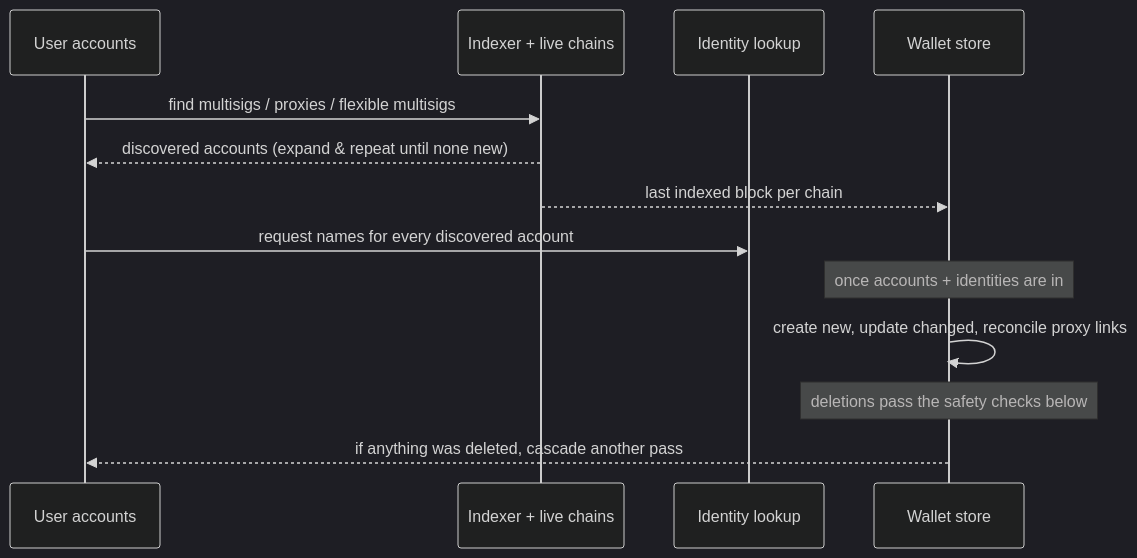
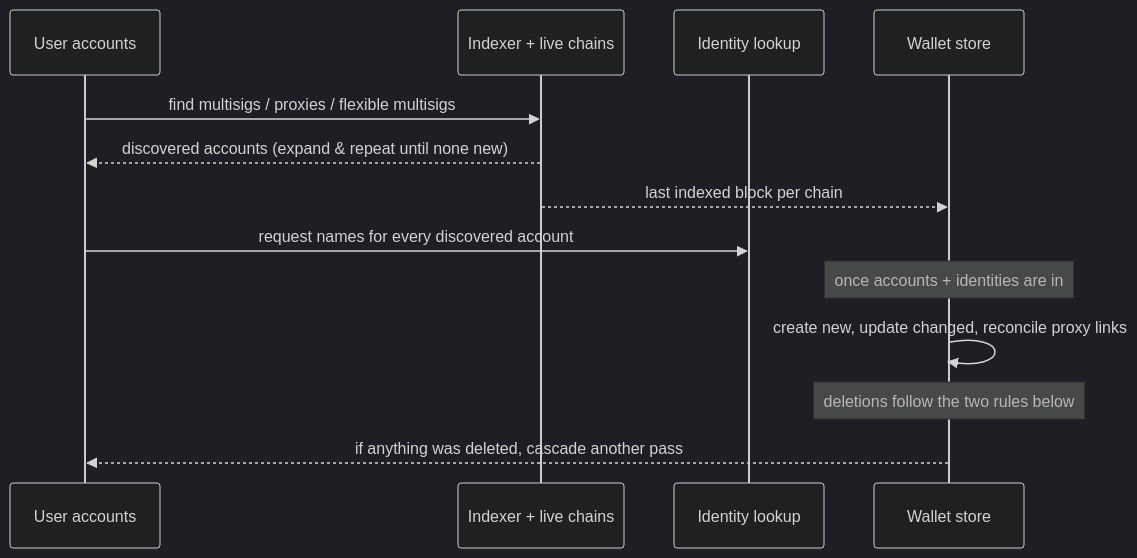
Before and after one commit to novasamatech/nova-spektr: the second of 3 diagrams in src/renderer/features/account-sync/README.md, drawn with Mermaid (dark theme). The commit also changed other lines of this file, not shown here.

````diff
--- a/src/renderer/features/account-sync/README.md
+++ b/src/renderer/features/account-sync/README.md
@@ -74,16 +74,16 @@
 ```mermaid
 sequenceDiagram
     participant Seeds as User accounts
     participant Indexer as Indexer + live chains
     participant Identity as Identity lookup
     participant Wallets as Wallet store
 
     Seeds->>Indexer: find multisigs / proxies / flexible multisigs
     Indexer-->>Seeds: discovered accounts (expand & repeat until none new)
     Indexer-->>Wallets: last indexed block per chain
     Seeds->>Identity: request names for every discovered account
     Note over Wallets: once accounts + identities are in
     Wallets->>Wallets: create new, update changed, reconcile proxy links
-    Note over Wallets: deletions pass the safety checks below
+    Note over Wallets: deletions follow the two rules below
     Wallets-->>Seeds: if anything was deleted, cascade another pass
 ```
````
